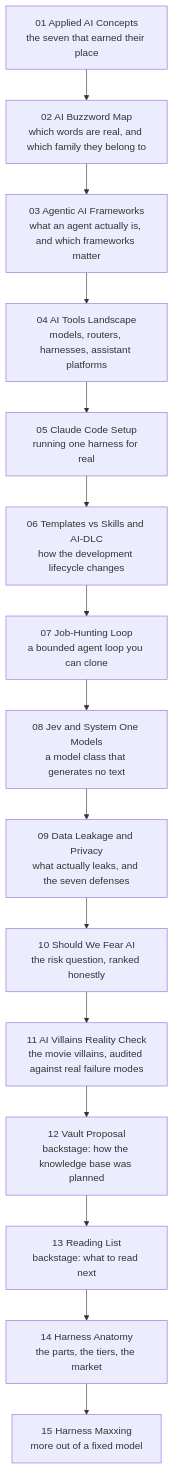
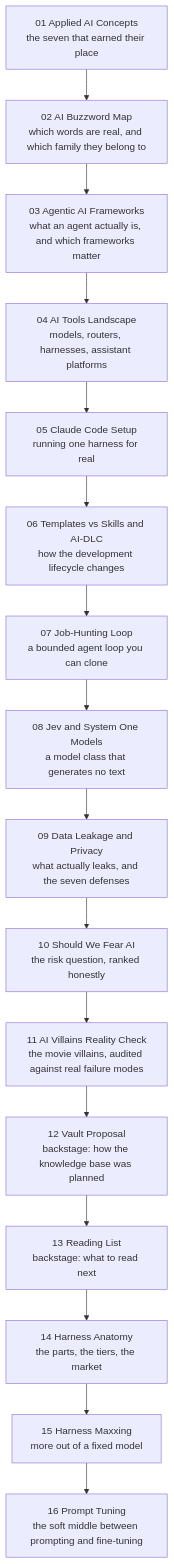
The diagram in personal/ai/00_overview.md (oat431/oralita_md), drawn with Mermaid before and after one commit. The commit also changed other lines of this file and 2 other files, not shown here.

````diff
--- a/personal/ai/00_overview.md
+++ b/personal/ai/00_overview.md
@@ -18,17 +18,18 @@
 ```mermaid
 flowchart TD
     S1["01 Applied AI Concepts<br/>the seven that earned their place"] --> S2["02 AI Buzzword Map<br/>which words are real, and which family they belong to"]
     S2 --> S3["03 Agentic AI Frameworks<br/>what an agent actually is, and which frameworks matter"]
     S3 --> S4["04 AI Tools Landscape<br/>models, routers, harnesses, assistant platforms"]
     S4 --> S5["05 Claude Code Setup<br/>running one harness for real"]
     S5 --> S6["06 Templates vs Skills and AI-DLC<br/>how the development lifecycle changes"]
     S6 --> S7["07 Job-Hunting Loop<br/>a bounded agent loop you can clone"]
     S7 --> S8["08 Jev and System One Models<br/>a model class that generates no text"]
     S8 --> S9["09 Data Leakage and Privacy<br/>what actually leaks, and the seven defenses"]
     S9 --> S10["10 Should We Fear AI<br/>the risk question, ranked honestly"]
     S10 --> S11["11 AI Villains Reality Check<br/>the movie villains, audited against real failure modes"]
     S11 --> S12["12 Vault Proposal<br/>backstage: how the knowledge base was planned"]
     S12 --> S13["13 Reading List<br/>backstage: what to read next"]
     S13 --> S14["14 Harness Anatomy<br/>the parts, the tiers, the market"]
     S14 --> S15["15 Harness Maxxing<br/>more out of a fixed model"]
+    S15 --> S16["16 Prompt Tuning<br/>the soft middle between prompting and fine-tuning"]
 ```
````
